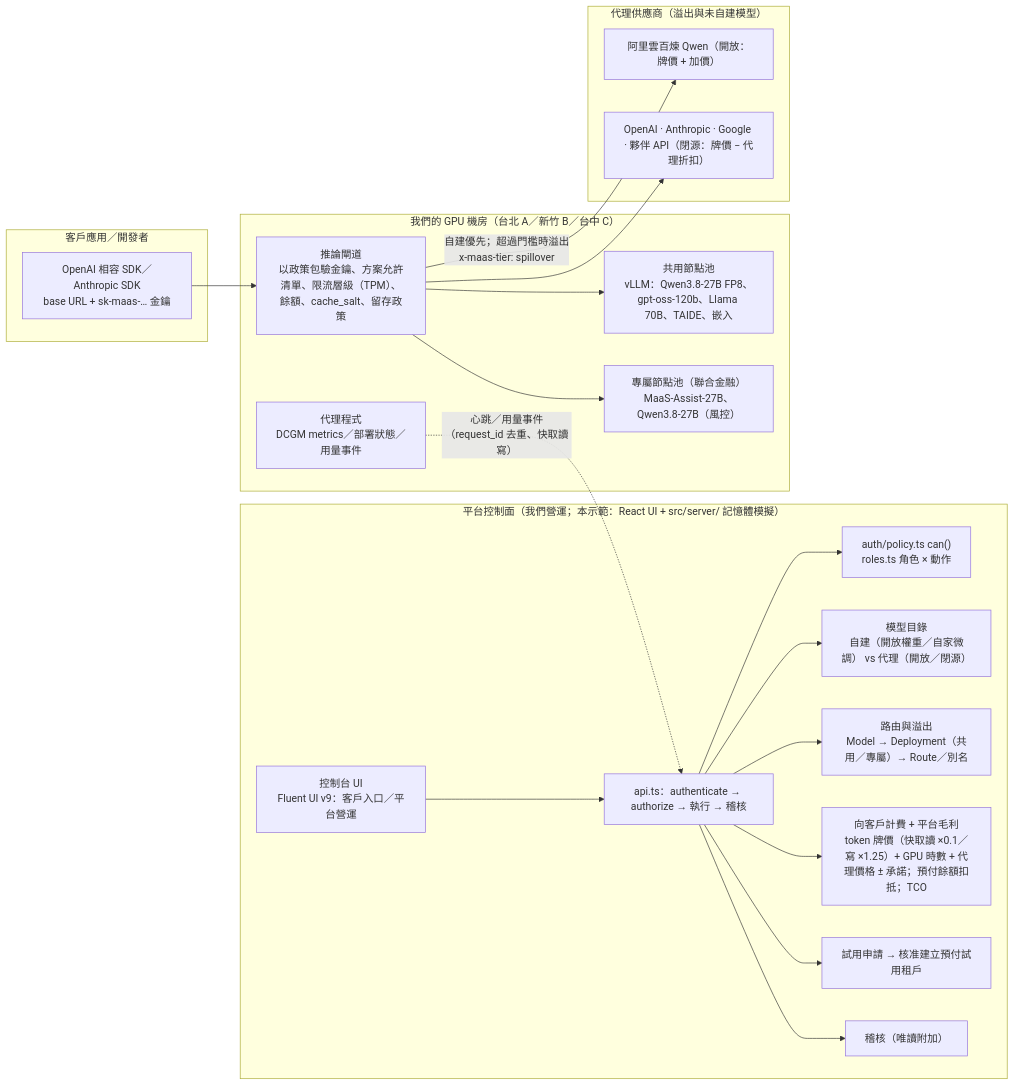
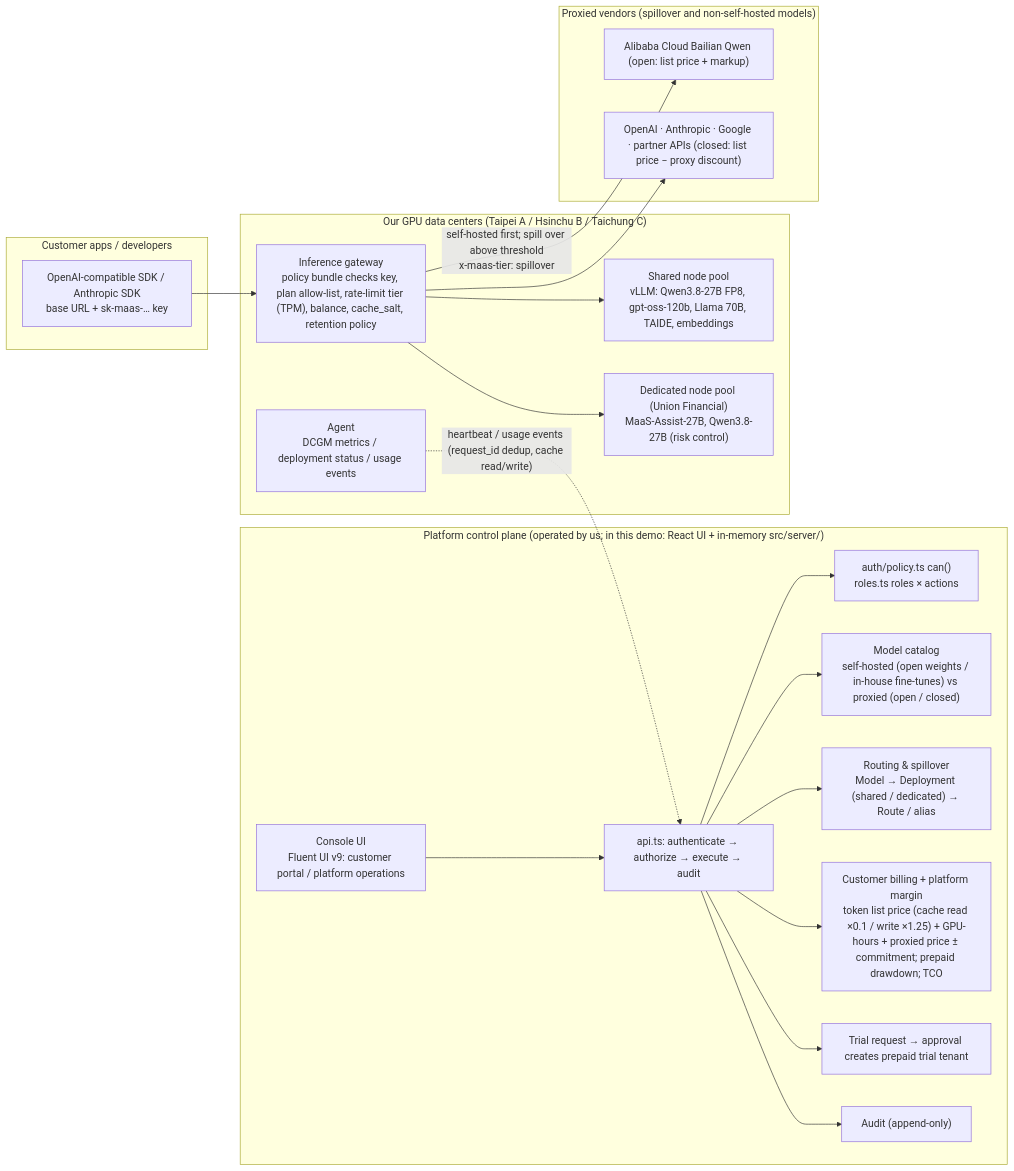
The diagram in README.md (kuomingwu/mass-demo), drawn with Mermaid before and after one commit. The commit also changed other lines of this file, not shown here.

````diff
--- a/README.md
+++ b/README.md
@@ -71,42 +71,42 @@
 ```mermaid
 flowchart LR
-  subgraph Apps["客戶應用／開發者"]
-    SDK["OpenAI 相容 SDK／Anthropic SDK<br/>base URL + sk-maas-… 金鑰"]
+  subgraph Apps["Customer apps / developers"]
+    SDK["OpenAI-compatible SDK / Anthropic SDK<br/>base URL + sk-maas-… key"]
   end
 
-  subgraph CP["平台控制面（我們營運；本示範：React UI + src/server/ 記憶體模擬）"]
-    UI["控制台 UI<br/>Fluent UI v9：客戶入口／平台營運"]
-    API["api.ts：authenticate → authorize → 執行 → 稽核"]
-    Policy["auth/policy.ts can()<br/>roles.ts 角色 × 動作"]
-    Catalog["模型目錄<br/>自建（開放權重／自家微調） vs 代理（開放／閉源）"]
-    Routing["路由與溢出<br/>Model → Deployment（共用／專屬）→ Route／別名"]
-    Billing["向客戶計費 + 平台毛利<br/>token 牌價（快取讀 ×0.1／寫 ×1.25）+ GPU 時數 + 代理價格 ± 承諾；預付餘額扣抵；TCO"]
-    Trials["試用申請 → 核准建立預付試用租戶"]
-    Audit["稽核（唯讀附加）"]
+  subgraph CP["Platform control plane (operated by us; in this demo: React UI + in-memory src/server/)"]
+    UI["Console UI<br/>Fluent UI v9: customer portal / platform operations"]
+    API["api.ts: authenticate → authorize → execute → audit"]
+    Policy["auth/policy.ts can()<br/>roles.ts roles × actions"]
+    Catalog["Model catalog<br/>self-hosted (open weights / in-house fine-tunes) vs proxied (open / closed)"]
+    Routing["Routing & spillover<br/>Model → Deployment (shared / dedicated) → Route / alias"]
+    Billing["Customer billing + platform margin<br/>token list price (cache read ×0.1 / write ×1.25) + GPU-hours + proxied price ± commitment; prepaid drawdown; TCO"]
+    Trials["Trial request → approval creates prepaid trial tenant"]
+    Audit["Audit (append-only)"]
     UI --> API --> Policy
     API --> Catalog
     API --> Routing
     API --> Billing
     API --> Trials
     API --> Audit
   end
 
-  subgraph DP["我們的 GPU 機房（台北 A／新竹 B／台中 C）"]
-    GW["推論閘道<br/>以政策包驗金鑰、方案允許清單、限流層級（TPM）、餘額、cache_salt、留存政策"]
-    Shared["共用節點池<br/>vLLM：Qwen3.8-27B FP8、gpt-oss-120b、Llama 70B、TAIDE、嵌入"]
-    Dedicated["專屬節點池（聯合金融）<br/>MaaS-Assist-27B、Qwen3.8-27B（風控）"]
-    Agent["代理程式<br/>DCGM metrics／部署狀態／用量事件"]
-    Agent -. "心跳／用量事件（request_id 去重、快取讀寫）" .-> API
+  subgraph DP["Our GPU data centers (Taipei A / Hsinchu B / Taichung C)"]
+    GW["Inference gateway<br/>policy bundle checks key, plan allow-list, rate-limit tier (TPM), balance, cache_salt, retention policy"]
+    Shared["Shared node pool<br/>vLLM: Qwen3.8-27B FP8, gpt-oss-120b, Llama 70B, TAIDE, embeddings"]
+    Dedicated["Dedicated node pool (Union Financial)<br/>MaaS-Assist-27B, Qwen3.8-27B (risk control)"]
+    Agent["Agent<br/>DCGM metrics / deployment status / usage events"]
+    Agent -. "heartbeat / usage events (request_id dedup, cache read/write)" .-> API
     GW --> Shared
     GW --> Dedicated
   end
 
-  subgraph Cloud["代理供應商（溢出與未自建模型）"]
-    Bailian["阿里雲百煉 Qwen（開放：牌價 + 加價）"]
-    Others["OpenAI · Anthropic · Google · 夥伴 API（閉源：牌價 − 代理折扣）"]
+  subgraph Cloud["Proxied vendors (spillover and non-self-hosted models)"]
+    Bailian["Alibaba Cloud Bailian Qwen (open: list price + markup)"]
+    Others["OpenAI · Anthropic · Google · partner APIs (closed: list price − proxy discount)"]
   end
 
   SDK --> GW
-  GW -->|"自建優先；超過門檻時溢出<br/>x-maas-tier: spillover"| Bailian
+  GW -->|"self-hosted first; spill over above threshold<br/>x-maas-tier: spillover"| Bailian
   GW --> Others
 ```
````
